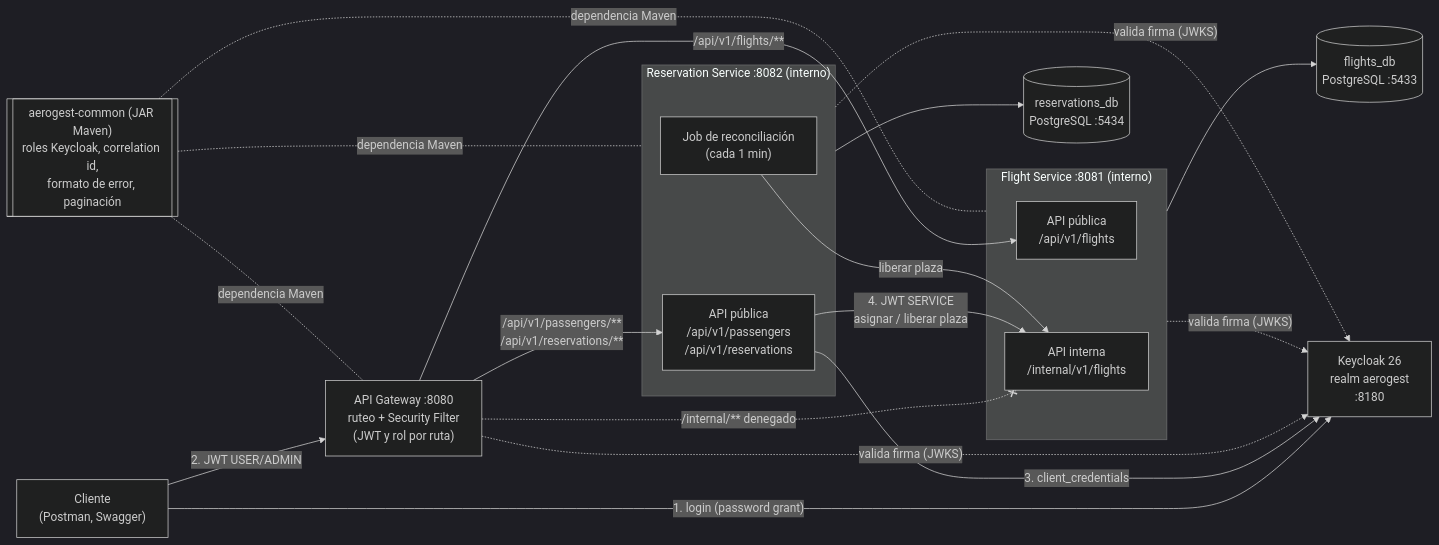
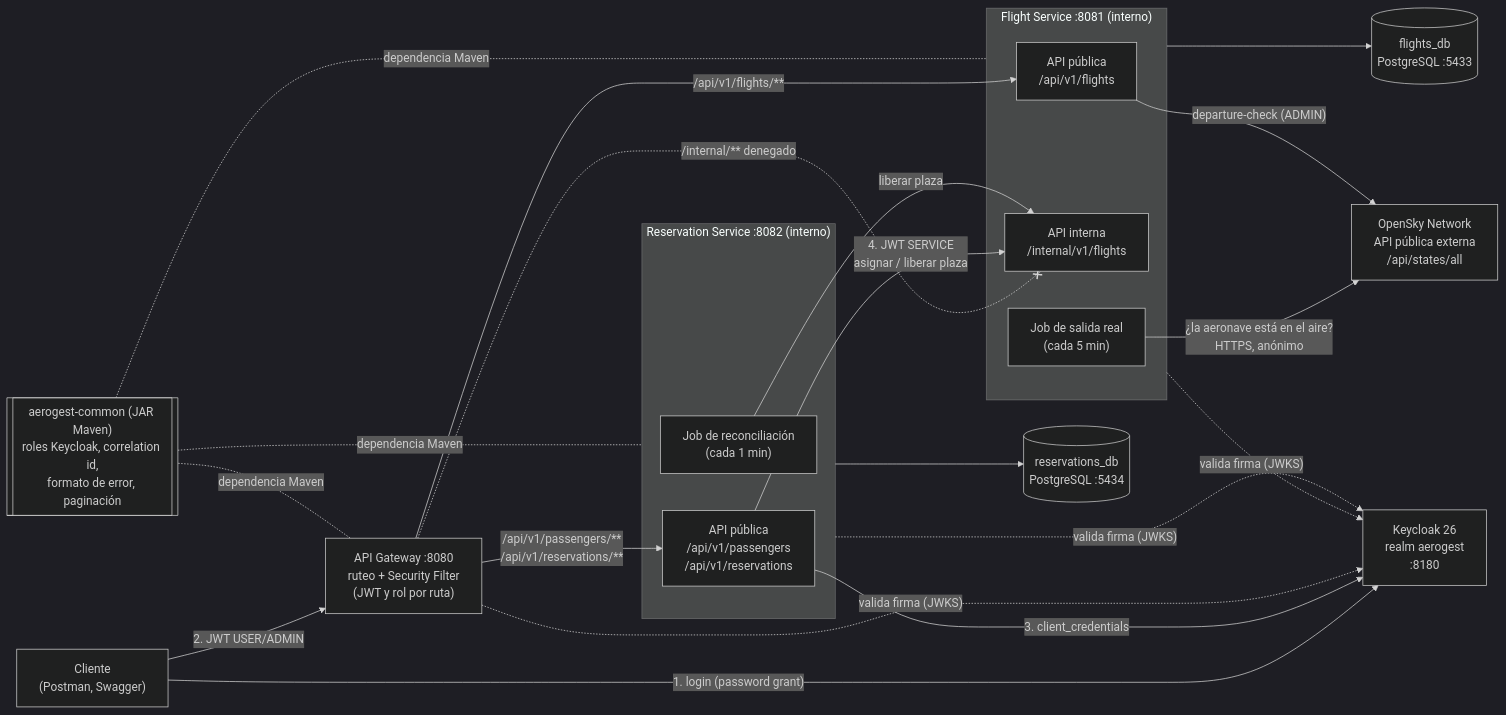
Before and after one commit to aguss0/AeroGest: the first of 7 diagrams in docs/arquitectura.md, drawn with Mermaid (dark theme). The commit also changed other lines of this file and 40 other files, not shown here.

First line of the commit message:
Integración con OpenSky Network: verificación de salida real (RN-16)

````diff
--- a/docs/arquitectura.md
+++ b/docs/arquitectura.md
@@ -35,35 +39,39 @@
 ```mermaid
 flowchart LR
     client["Cliente<br/>(Postman, Swagger)"]
     kc["Keycloak 26<br/>realm aerogest<br/>:8180"]
     gw["API Gateway :8080<br/>ruteo + Security Filter<br/>(JWT y rol por ruta)"]
     subgraph fs["Flight Service :8081 (interno)"]
         fapi["API pública<br/>/api/v1/flights"]
         fint["API interna<br/>/internal/v1/flights"]
+        fjob["Job de salida real<br/>(cada 5 min)"]
     end
+    opensky["OpenSky Network<br/>API pública externa<br/>/api/states/all"]
     subgraph rs["Reservation Service :8082 (interno)"]
         rapi["API pública<br/>/api/v1/passengers<br/>/api/v1/reservations"]
         job["Job de reconciliación<br/>(cada 1 min)"]
     end
     fdb[("flights_db<br/>PostgreSQL :5433")]
     rdb[("reservations_db<br/>PostgreSQL :5434")]
 
     common[["aerogest-common (JAR Maven)<br/>roles Keycloak, correlation id,<br/>formato de error, paginación"]]
 
     client -- "1. login (password grant)" --> kc
     client -- "2. JWT USER/ADMIN" --> gw
     gw -- "/api/v1/flights/**" --> fapi
     gw -- "/api/v1/passengers/**<br/>/api/v1/reservations/**" --> rapi
     gw -. "/internal/** denegado" .-x fint
     rapi -- "3. client_credentials" --> kc
     rapi -- "4. JWT SERVICE<br/>asignar / liberar plaza" --> fint
     job -- "liberar plaza" --> fint
+    fjob -- "¿la aeronave está en el aire?<br/>HTTPS, anónimo" --> opensky
+    fapi -- "departure-check (ADMIN)" --> opensky
     fs --> fdb
     rs --> rdb
     gw -. "valida firma (JWKS)" .-> kc
     fs -. "valida firma (JWKS)" .-> kc
     rs -. "valida firma (JWKS)" .-> kc
     common -. "dependencia Maven" .- gw
     common -. "dependencia Maven" .- fs
     common -. "dependencia Maven" .- rs
 ```
````
